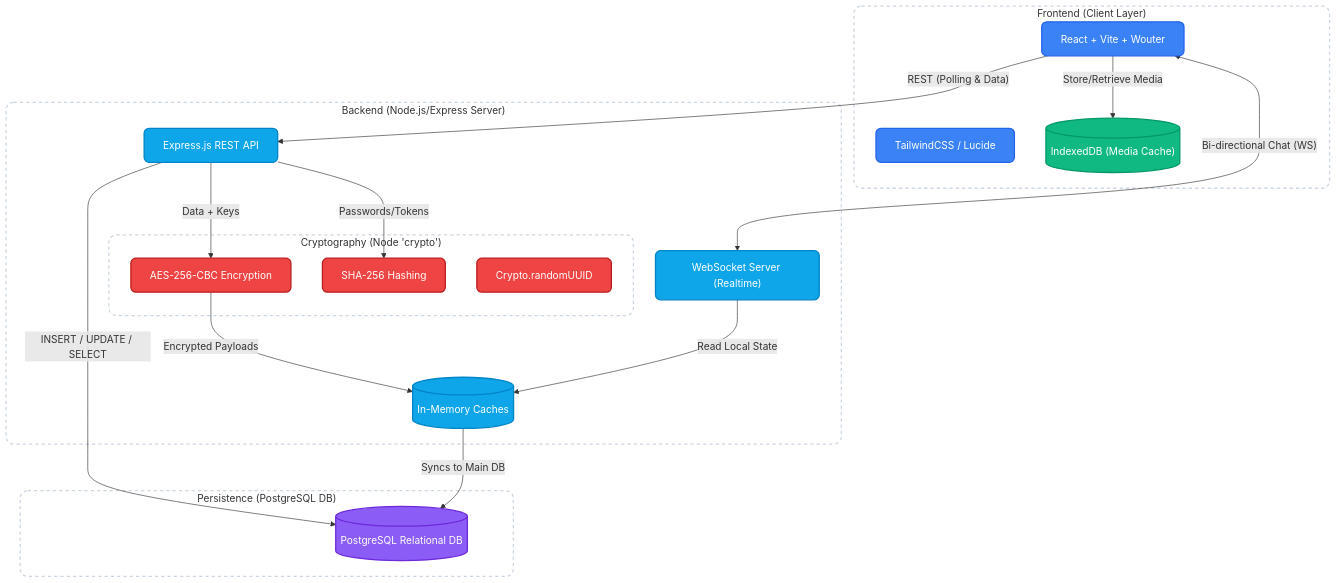
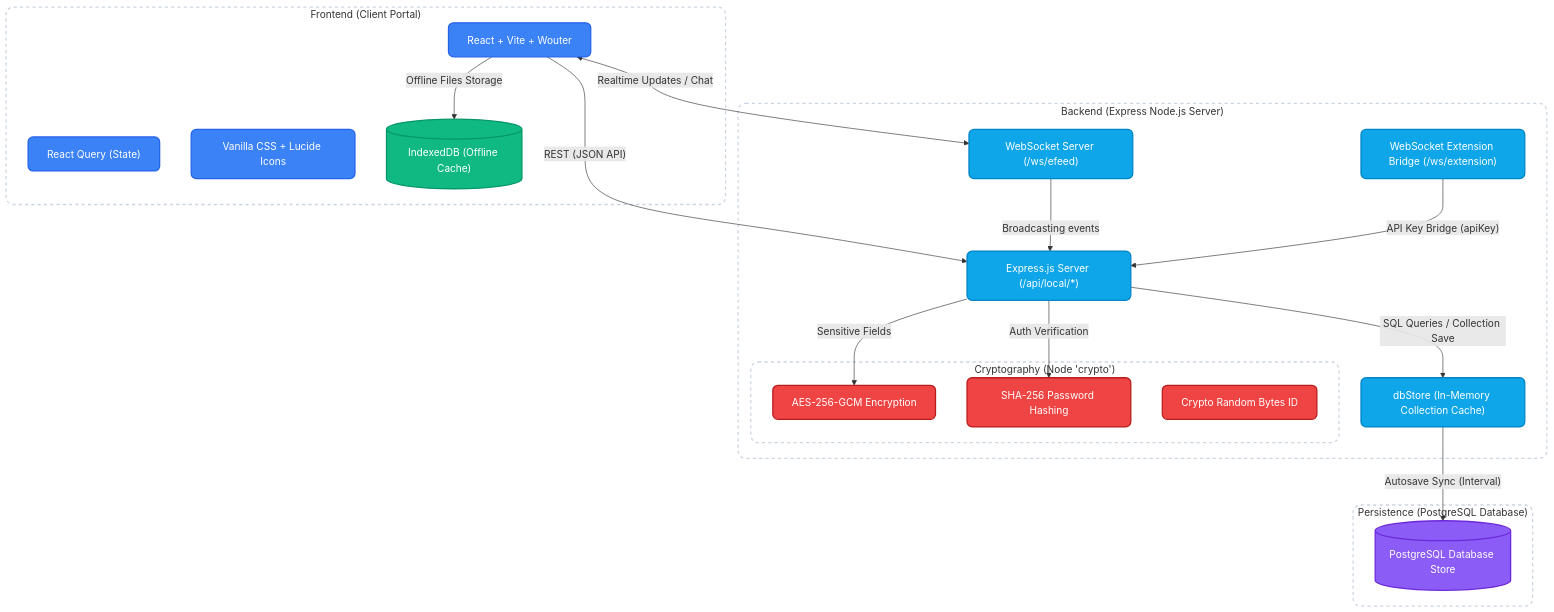
The first of 6 diagrams in README.md (EduTok/map), drawn with Mermaid before and after one commit. The commit also changed other lines of this file, not shown here.

````diff
--- a/README.md
+++ b/README.md
@@ -10,46 +10,48 @@
 ```mermaid
 graph TD
     %% Base styling
     classDef client fill:#3b82f6,color:#ffffff,stroke:#2563eb,stroke-width:2px,rx:8px,ry:8px
     classDef server fill:#0ea5e9,color:#ffffff,stroke:#0284c7,stroke-width:2px,rx:8px,ry:8px
     classDef storage fill:#8b5cf6,color:#ffffff,stroke:#6d28d9,stroke-width:2px,rx:8px,ry:8px
     classDef cache fill:#10b981,color:#ffffff,stroke:#059669,stroke-width:2px,rx:8px,ry:8px
     classDef security fill:#ef4444,color:#ffffff,stroke:#b91c1c,stroke-width:2px,rx:8px,ry:8px
     classDef boundary fill:none,stroke:#cbd5e1,stroke-width:2px,stroke-dasharray: 5 5,rx:12px,ry:12px
 
-    subgraph Frontend["Frontend (Client Layer)"]
+    subgraph Frontend["Frontend (Client Portal)"]
         React["React + Vite + Wouter"]:::client
-        Tailwind["TailwindCSS / Lucide"]:::client
-        IndexedDB[("IndexedDB (Media Cache)")]:::cache
+        ReactQuery["React Query (State)"]:::client
+        Tailwind["Vanilla CSS + Lucide Icons"]:::client
+        IndexedDB[("IndexedDB (Offline Cache)")]:::cache
     end
 
-    subgraph Backend["Backend (Node.js/Express Server)"]
-        API["Express.js REST API"]:::server
-        WS["WebSocket Server (Realtime)"]:::server
-        MemStore[("In-Memory Caches")]:::server
+    subgraph Backend["Backend (Express Node.js Server)"]
+        API["Express.js Server (/api/local/*)"]:::server
+        WSEfeed["WebSocket Server (/ws/efeed)"]:::server
+        WSExt["WebSocket Extension Bridge (/ws/extension)"]:::server
+        dbStore["dbStore (In-Memory Collection Cache)"]:::server
         
         subgraph Crypto["Cryptography (Node 'crypto')"]
-            AES["AES-256-CBC Encryption"]:::security
-            SHA["SHA-256 Hashing"]:::security
-            UUID["Crypto.randomUUID"]:::security
+            AES["AES-256-GCM Encryption"]:::security
+            SHA["SHA-256 Password Hashing"]:::security
+            GenID["Crypto Random Bytes ID"]:::security
         end
     end
 
-    subgraph Persistence["Persistence (PostgreSQL DB)"]
-        Postgres[("PostgreSQL Relational DB")]:::storage
+    subgraph Persistence["Persistence (PostgreSQL Database)"]
+        Postgres[("PostgreSQL Database Store")]:::storage
     end
 
-    React -- "REST (Polling & Data)" --> API
-    React <--"Bi-directional Chat (WS)"--> WS
-    React -- "Store/Retrieve Media" --> IndexedDB
+    React -- "REST (JSON API)" --> API
+    React <--"Realtime Updates / Chat"--> WSEfeed
+    React -- "Offline Files Storage" --> IndexedDB
 
-    API -- "Data + Keys" --> AES
-    AES -- "Encrypted Payloads" --> MemStore
-    API -- "Passwords/Tokens" --> SHA
+    API -- "Sensitive Fields" --> AES
+    dbStore -- "Autosave Sync (Interval)" --> Postgres
+    API -- "Auth Verification" --> SHA
 
-    API -- "INSERT / UPDATE / SELECT" --> Postgres
-    WS -- "Read Local State" --> MemStore
-    MemStore -- "Syncs to Main DB" --> Postgres
+    API -- "SQL Queries / Collection Save" --> dbStore
+    WSEfeed -- "Broadcasting events" --> API
+    WSExt -- "API Key Bridge (apiKey)" --> API
     
     class Frontend,Backend,Persistence,Crypto boundary
 ```
````
